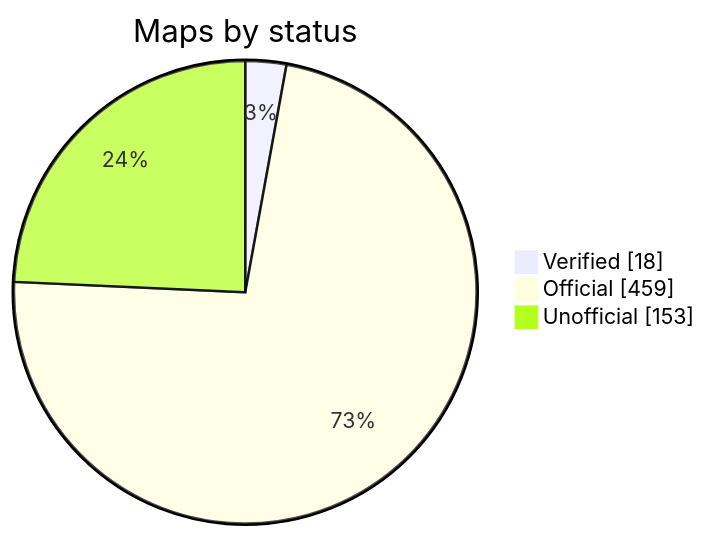
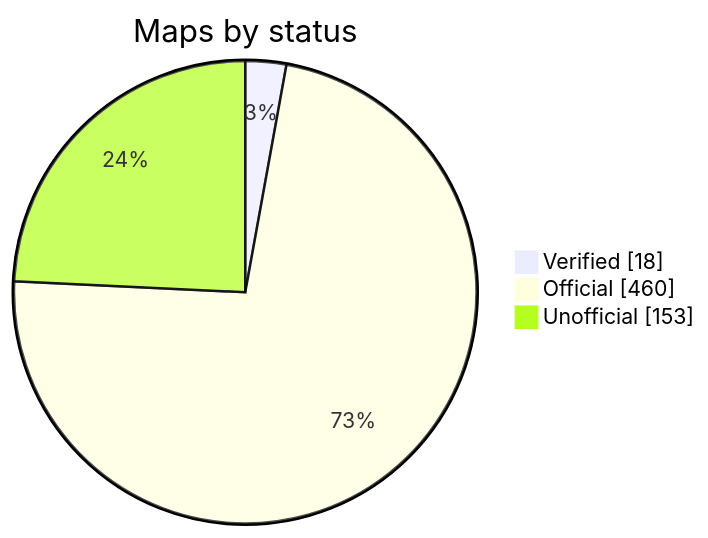
One commit to nobrega8/mbmap-library changed the diagram in README.md. Above: the diagram before and after it, drawn with Mermaid. The commit also changed 6 other files, not shown here.

````diff
--- a/README.md
+++ b/README.md
@@ -52,7 +52,7 @@
 ```mermaid
 pie showData
     title Maps by status
     "Verified" : 18
-    "Official" : 459
+    "Official" : 460
     "Unofficial" : 153
 ```
````
